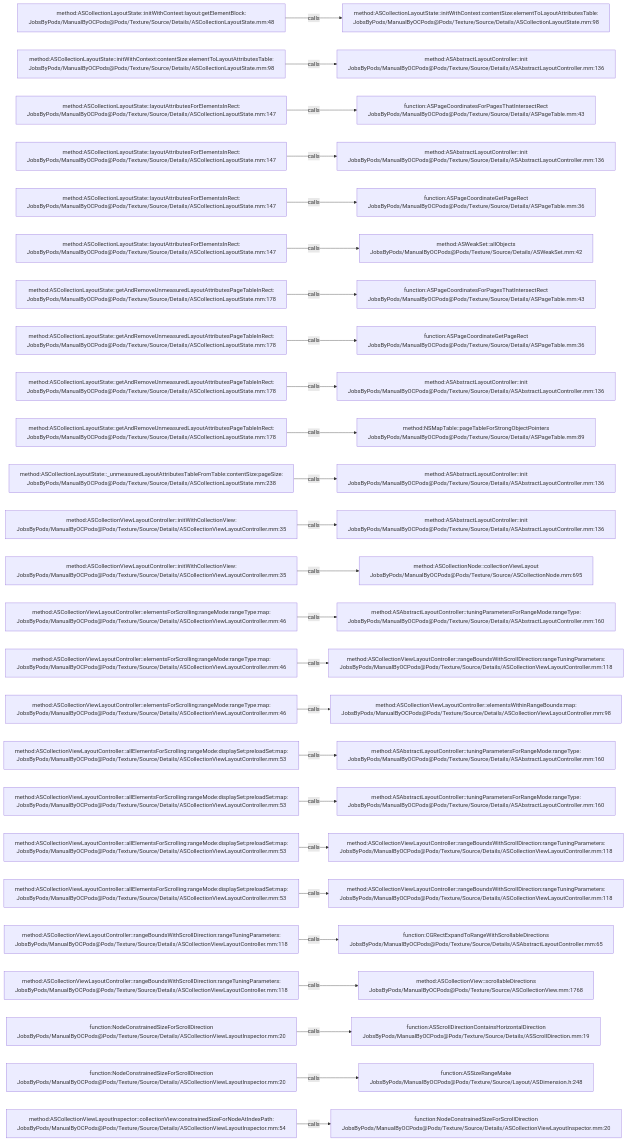
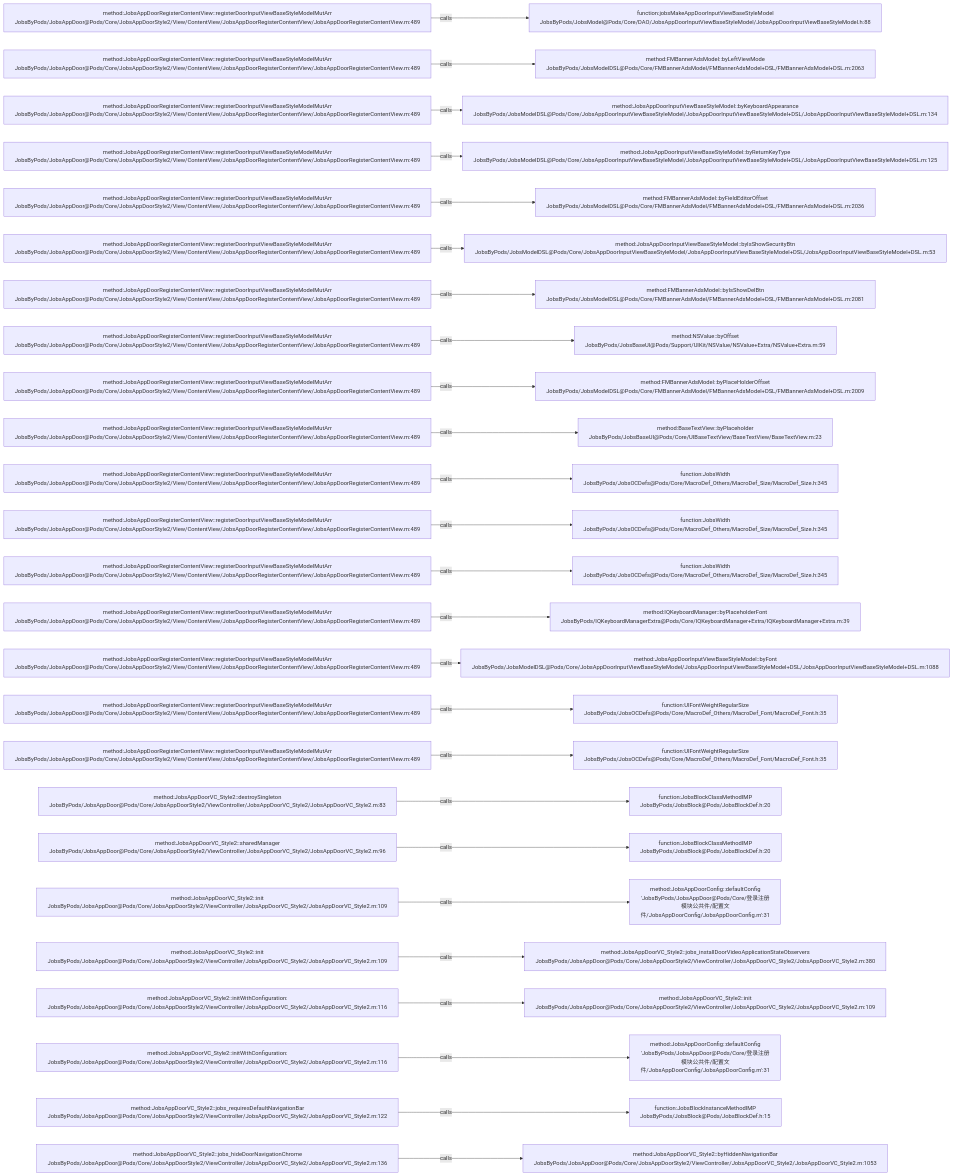
The diagram in .codegraph/codegraph.md/graphs/calls-137.md (JobsKits/JobsOCBaseConfigDemo), drawn with Mermaid before and after one commit. The commit also changed 768 other files, not shown here.

````diff
--- a/.codegraph/codegraph.md/graphs/calls-137.md
+++ b/.codegraph/codegraph.md/graphs/calls-137.md
@@ -13,78 +13,78 @@
 ```mermaid
 flowchart LR
-  S1["method:ASCollectionLayoutState::initWithContext:layout:getElementBlock:<br/>JobsByPods/ManualByOCPods@Pods/Texture/Source/Details/ASCollectionLayoutState.mm:48"]
-  T1["method:ASCollectionLayoutState::initWithContext:contentSize:elementToLayoutAttributesTable:<br/>JobsByPods/ManualByOCPods@Pods/Texture/Source/Details/ASCollectionLayoutState.mm:98"]
+  S1["method:JobsAppDoorRegisterContentView::registerDoorInputViewBaseStyleModelMutArr<br/>JobsByPods/JobsAppDoor@Pods/Core/JobsAppDoorStyle2/View/ContentView/JobsAppDoorRegisterContentView/JobsAppDoorRegisterContentView.m:489"]
+  T1["function:jobsMakeAppDoorInputViewBaseStyleModel<br/>JobsByPods/JobsModel@Pods/Core/DAO/JobsAppDoorInputViewBaseStyleModel/JobsAppDoorInputViewBaseStyleModel.h:88"]
   S1 -->|calls| T1
-  S2["method:ASCollectionLayoutState::initWithContext:contentSize:elementToLayoutAttributesTable:<br/>JobsByPods/ManualByOCPods@Pods/Texture/Source/Details/ASCollectionLayoutState.mm:98"]
-  T2["method:ASAbstractLayoutController::init<br/>JobsByPods/ManualByOCPods@Pods/Texture/Source/Details/ASAbstractLayoutController.mm:136"]
+  S2["method:JobsAppDoorRegisterContentView::registerDoorInputViewBaseStyleModelMutArr<br/>JobsByPods/JobsAppDoor@Pods/Core/JobsAppDoorStyle2/View/ContentView/JobsAppDoorRegisterContentView/JobsAppDoorRegisterContentView.m:489"]
+  T2["method:FMBannerAdsModel::byLeftViewMode<br/>JobsByPods/JobsModelDSL@Pods/Core/FMBannerAdsModel/FMBannerAdsModel+DSL/FMBannerAdsModel+DSL.m:2063"]
   S2 -->|calls| T2
-  S3["method:ASCollectionLayoutState::layoutAttributesForElementsInRect:<br/>JobsByPods/ManualByOCPods@Pods/Texture/Source/Details/ASCollectionLayoutState.mm:147"]
-  T3["function:ASPageCoordinatesForPagesThatIntersectRect<br/>JobsByPods/ManualByOCPods@Pods/Texture/Source/Details/ASPageTable.mm:43"]
+  S3["method:JobsAppDoorRegisterContentView::registerDoorInputViewBaseStyleModelMutArr<br/>JobsByPods/JobsAppDoor@Pods/Core/JobsAppDoorStyle2/View/ContentView/JobsAppDoorRegisterContentView/JobsAppDoorRegisterContentView.m:489"]
+  T3["method:JobsAppDoorInputViewBaseStyleModel::byKeyboardAppearance<br/>JobsByPods/JobsModelDSL@Pods/Core/JobsAppDoorInputViewBaseStyleModel/JobsAppDoorInputViewBaseStyleModel+DSL/JobsAppDoorInputViewBaseStyleModel+DSL.m:134"]
   S3 -->|calls| T3
-  S4["method:ASCollectionLayoutState::layoutAttributesForElementsInRect:<br/>JobsByPods/ManualByOCPods@Pods/Texture/Source/Details/ASCollectionLayoutState.mm:147"]
-  T4["method:ASAbstractLayoutController::init<br/>JobsByPods/ManualByOCPods@Pods/Texture/Source/Details/ASAbstractLayoutController.mm:136"]
+  S4["method:JobsAppDoorRegisterContentView::registerDoorInputViewBaseStyleModelMutArr<br/>JobsByPods/JobsAppDoor@Pods/Core/JobsAppDoorStyle2/View/ContentView/JobsAppDoorRegisterContentView/JobsAppDoorRegisterContentView.m:489"]
+  T4["method:JobsAppDoorInputViewBaseStyleModel::byReturnKeyType<br/>JobsByPods/JobsModelDSL@Pods/Core/JobsAppDoorInputViewBaseStyleModel/JobsAppDoorInputViewBaseStyleModel+DSL/JobsAppDoorInputViewBaseStyleModel+DSL.m:125"]
   S4 -->|calls| T4
-  S5["method:ASCollectionLayoutState::layoutAttributesForElementsInRect:<br/>JobsByPods/ManualByOCPods@Pods/Texture/Source/Details/ASCollectionLayoutState.mm:147"]
-  T5["function:ASPageCoordinateGetPageRect<br/>JobsByPods/ManualByOCPods@Pods/Texture/Source/Details/ASPageTable.mm:36"]
+  S5["method:JobsAppDoorRegisterContentView::registerDoorInputViewBaseStyleModelMutArr<br/>JobsByPods/JobsAppDoor@Pods/Core/JobsAppDoorStyle2/View/ContentView/JobsAppDoorRegisterContentView/JobsAppDoorRegisterContentView.m:489"]
+  T5["method:FMBannerAdsModel::byFieldEditorOffset<br/>JobsByPods/JobsModelDSL@Pods/Core/FMBannerAdsModel/FMBannerAdsModel+DSL/FMBannerAdsModel+DSL.m:2036"]
   S5 -->|calls| T5
-  S6["method:ASCollectionLayoutState::layoutAttributesForElementsInRect:<br/>JobsByPods/ManualByOCPods@Pods/Texture/Source/Details/ASCollectionLayoutState.mm:147"]
-  T6["method:ASWeakSet::allObjects<br/>JobsByPods/ManualByOCPods@Pods/Texture/Source/Details/ASWeakSet.mm:42"]
+  S6["method:JobsAppDoorRegisterContentView::registerDoorInputViewBaseStyleModelMutArr<br/>JobsByPods/JobsAppDoor@Pods/Core/JobsAppDoorStyle2/View/ContentView/JobsAppDoorRegisterContentView/JobsAppDoorRegisterContentView.m:489"]
+  T6["method:JobsAppDoorInputViewBaseStyleModel::byIsShowSecurityBtn<br/>JobsByPods/JobsModelDSL@Pods/Core/JobsAppDoorInputViewBaseStyleModel/JobsAppDoorInputViewBaseStyleModel+DSL/JobsAppDoorInputViewBaseStyleModel+DSL.m:53"]
   S6 -->|calls| T6
-  S7["method:ASCollectionLayoutState::getAndRemoveUnmeasuredLayoutAttributesPageTableInRect:<br/>JobsByPods/ManualByOCPods@Pods/Texture/Source/Details/ASCollectionLayoutState.mm:178"]
-  T7["function:ASPageCoordinatesForPagesThatIntersectRect<br/>JobsByPods/ManualByOCPods@Pods/Texture/Source/Details/ASPageTable.mm:43"]
+  S7["method:JobsAppDoorRegisterContentView::registerDoorInputViewBaseStyleModelMutArr<br/>JobsByPods/JobsAppDoor@Pods/Core/JobsAppDoorStyle2/View/ContentView/JobsAppDoorRegisterContentView/JobsAppDoorRegisterContentView.m:489"]
+  T7["method:FMBannerAdsModel::byIsShowDelBtn<br/>JobsByPods/JobsModelDSL@Pods/Core/FMBannerAdsModel/FMBannerAdsModel+DSL/FMBannerAdsModel+DSL.m:2081"]
   S7 -->|calls| T7
-  S8["method:ASCollectionLayoutState::getAndRemoveUnmeasuredLayoutAttributesPageTableInRect:<br/>JobsByPods/ManualByOCPods@Pods/Texture/Source/Details/ASCollectionLayoutState.mm:178"]
-  T8["function:ASPageCoordinateGetPageRect<br/>JobsByPods/ManualByOCPods@Pods/Texture/Source/Details/ASPageTable.mm:36"]
+  S8["method:JobsAppDoorRegisterContentView::registerDoorInputViewBaseStyleModelMutArr<br/>JobsByPods/JobsAppDoor@Pods/Core/JobsAppDoorStyle2/View/ContentView/JobsAppDoorRegisterContentView/JobsAppDoorRegisterContentView.m:489"]
+  T8["method:NSValue::byOffset<br/>JobsByPods/JobsBaseUI@Pods/Support/UIKit/NSValue/NSValue+Extra/NSValue+Extra.m:59"]
   S8 -->|calls| T8
-  S9["method:ASCollectionLayoutState::getAndRemoveUnmeasuredLayoutAttributesPageTableInRect:<br/>JobsByPods/ManualByOCPods@Pods/Texture/Source/Details/ASCollectionLayoutState.mm:178"]
-  T9["method:ASAbstractLayoutController::init<br/>JobsByPods/ManualByOCPods@Pods/Texture/Source/Details/ASAbstractLayoutController.mm:136"]
+  S9["method:JobsAppDoorRegisterContentView::registerDoorInputViewBaseStyleModelMutArr<br/>JobsByPods/JobsAppDoor@Pods/Core/JobsAppDoorStyle2/View/ContentView/JobsAppDoorRegisterContentView/JobsAppDoorRegisterContentView.m:489"]
+  T9["method:FMBannerAdsModel::byPlaceHolderOffset<br/>JobsByPods/JobsModelDSL@Pods/Core/FMBannerAdsModel/FMBannerAdsModel+DSL/FMBannerAdsModel+DSL.m:2009"]
   S9 -->|calls| T9
-  S10["method:ASCollectionLayoutState::getAndRemoveUnmeasuredLayoutAttributesPageTableInRect:<br/>JobsByPods/ManualByOCPods@Pods/Texture/Source/Details/ASCollectionLayoutState.mm:178"]
-  T10["method:NSMapTable::pageTableForStrongObjectPointers<br/>JobsByPods/ManualByOCPods@Pods/Texture/Source/Details/ASPageTable.mm:89"]
+  S10["method:JobsAppDoorRegisterContentView::registerDoorInputViewBaseStyleModelMutArr<br/>JobsByPods/JobsAppDoor@Pods/Core/JobsAppDoorStyle2/View/ContentView/JobsAppDoorRegisterContentView/JobsAppDoorRegisterContentView.m:489"]
+  T10["method:BaseTextView::byPlaceholder<br/>JobsByPods/JobsBaseUI@Pods/Core/UIBaseTextView/BaseTextView/BaseTextView.m:23"]
   S10 -->|calls| T10
-  S11["method:ASCollectionLayoutState::_unmeasuredLayoutAttributesTableFromTable:contentSize:pageSize:<br/>JobsByPods/ManualByOCPods@Pods/Texture/Source/Details/ASCollectionLayoutState.mm:238"]
-  T11["method:ASAbstractLayoutController::init<br/>JobsByPods/ManualByOCPods@Pods/Texture/Source/Details/ASAbstractLayoutController.mm:136"]
+  S11["method:JobsAppDoorRegisterContentView::registerDoorInputViewBaseStyleModelMutArr<br/>JobsByPods/JobsAppDoor@Pods/Core/JobsAppDoorStyle2/View/ContentView/JobsAppDoorRegisterContentView/JobsAppDoorRegisterContentView.m:489"]
+  T11["function:JobsWidth<br/>JobsByPods/JobsOCDefs@Pods/Core/MacroDef_Others/MacroDef_Size/MacroDef_Size.h:345"]
   S11 -->|calls| T11
-  S12["method:ASCollectionViewLayoutController::initWithCollectionView:<br/>JobsByPods/ManualByOCPods@Pods/Texture/Source/Details/ASCollectionViewLayoutController.mm:35"]
-  T12["method:ASAbstractLayoutController::init<br/>JobsByPods/ManualByOCPods@Pods/Texture/Source/Details/ASAbstractLayoutController.mm:136"]
+  S12["method:JobsAppDoorRegisterContentView::registerDoorInputViewBaseStyleModelMutArr<br/>JobsByPods/JobsAppDoor@Pods/Core/JobsAppDoorStyle2/View/ContentView/JobsAppDoorRegisterContentView/JobsAppDoorRegisterContentView.m:489"]
+  T12["function:JobsWidth<br/>JobsByPods/JobsOCDefs@Pods/Core/MacroDef_Others/MacroDef_Size/MacroDef_Size.h:345"]
   S12 -->|calls| T12
-  S13["method:ASCollectionViewLayoutController::initWithCollectionView:<br/>JobsByPods/ManualByOCPods@Pods/Texture/Source/Details/ASCollectionViewLayoutController.mm:35"]
-  T13["method:ASCollectionNode::collectionViewLayout<br/>JobsByPods/ManualByOCPods@Pods/Texture/Source/ASCollectionNode.mm:695"]
+  S13["method:JobsAppDoorRegisterContentView::registerDoorInputViewBaseStyleModelMutArr<br/>JobsByPods/JobsAppDoor@Pods/Core/JobsAppDoorStyle2/View/ContentView/JobsAppDoorRegisterContentView/JobsAppDoorRegisterContentView.m:489"]
+  T13["function:JobsWidth<br/>JobsByPods/JobsOCDefs@Pods/Core/MacroDef_Others/MacroDef_Size/MacroDef_Size.h:345"]
   S13 -->|calls| T13
-  S14["method:ASCollectionViewLayoutController::elementsForScrolling:rangeMode:rangeType:map:<br/>JobsByPods/ManualByOCPods@Pods/Texture/Source/Details/ASCollectionViewLayoutController.mm:46"]
-  T14["method:ASAbstractLayoutController::tuningParametersForRangeMode:rangeType:<br/>JobsByPods/ManualByOCPods@Pods/Texture/Source/Details/ASAbstractLayoutController.mm:160"]
+  S14["method:JobsAppDoorRegisterContentView::registerDoorInputViewBaseStyleModelMutArr<br/>JobsByPods/JobsAppDoor@Pods/Core/JobsAppDoorStyle2/View/ContentView/JobsAppDoorRegisterContentView/JobsAppDoorRegisterContentView.m:489"]
+  T14["method:IQKeyboardManager::byPlaceholderFont<br/>JobsByPods/IQKeyboardManagerExtra@Pods/Core/IQKeyboardManager+Extra/IQKeyboardManager+Extra.m:39"]
   S14 -->|calls| T14
-  S15["method:ASCollectionViewLayoutController::elementsForScrolling:rangeMode:rangeType:map:<br/>JobsByPods/ManualByOCPods@Pods/Texture/Source/Details/ASCollectionViewLayoutController.mm:46"]
-  T15["method:ASCollectionViewLayoutController::rangeBoundsWithScrollDirection:rangeTuningParameters:<br/>JobsByPods/ManualByOCPods@Pods/Texture/Source/Details/ASCollectionViewLayoutController.mm:118"]
+  S15["method:JobsAppDoorRegisterContentView::registerDoorInputViewBaseStyleModelMutArr<br/>JobsByPods/JobsAppDoor@Pods/Core/JobsAppDoorStyle2/View/ContentView/JobsAppDoorRegisterContentView/JobsAppDoorRegisterContentView.m:489"]
+  T15["method:JobsAppDoorInputViewBaseStyleModel::byFont<br/>JobsByPods/JobsModelDSL@Pods/Core/JobsAppDoorInputViewBaseStyleModel/JobsAppDoorInputViewBaseStyleModel+DSL/JobsAppDoorInputViewBaseStyleModel+DSL.m:1088"]
   S15 -->|calls| T15
-  S16["method:ASCollectionViewLayoutController::elementsForScrolling:rangeMode:rangeType:map:<br/>JobsByPods/ManualByOCPods@Pods/Texture/Source/Details/ASCollectionViewLayoutController.mm:46"]
-  T16["method:ASCollectionViewLayoutController::elementsWithinRangeBounds:map:<br/>JobsByPods/ManualByOCPods@Pods/Texture/Source/Details/ASCollectionViewLayoutController.mm:98"]
+  S16["method:JobsAppDoorRegisterContentView::registerDoorInputViewBaseStyleModelMutArr<br/>JobsByPods/JobsAppDoor@Pods/Core/JobsAppDoorStyle2/View/ContentView/JobsAppDoorRegisterContentView/JobsAppDoorRegisterContentView.m:489"]
+  T16["function:UIFontWeightRegularSize<br/>JobsByPods/JobsOCDefs@Pods/Core/MacroDef_Others/MacroDef_Font/MacroDef_Font.h:35"]
   S16 -->|calls| T16
-  S17["method:ASCollectionViewLayoutController::allElementsForScrolling:rangeMode:displaySet:preloadSet:map:<br/>JobsByPods/ManualByOCPods@Pods/Texture/Source/Details/ASCollectionViewLayoutController.mm:53"]
-  T17["method:ASAbstractLayoutController::tuningParametersForRangeMode:rangeType:<br/>JobsByPods/ManualByOCPods@Pods/Texture/Source/Details/ASAbstractLayoutController.mm:160"]
+  S17["method:JobsAppDoorRegisterContentView::registerDoorInputViewBaseStyleModelMutArr<br/>JobsByPods/JobsAppDoor@Pods/Core/JobsAppDoorStyle2/View/ContentView/JobsAppDoorRegisterContentView/JobsAppDoorRegisterContentView.m:489"]
+  T17["function:UIFontWeightRegularSize<br/>JobsByPods/JobsOCDefs@Pods/Core/MacroDef_Others/MacroDef_Font/MacroDef_Font.h:35"]
   S17 -->|calls| T17
-  S18["method:ASCollectionViewLayoutController::allElementsForScrolling:rangeMode:displaySet:preloadSet:map:<br/>JobsByPods/ManualByOCPods@Pods/Texture/Source/Details/ASCollectionViewLayoutController.mm:53"]
-  T18["method:ASAbstractLayoutController::tuningParametersForRangeMode:rangeType:<br/>JobsByPods/ManualByOCPods@Pods/Texture/Source/Details/ASAbstractLayoutController.mm:160"]
+  S18["method:JobsAppDoorVC_Style2::destroySingleton<br/>JobsByPods/JobsAppDoor@Pods/Core/JobsAppDoorStyle2/ViewController/JobsAppDoorVC_Style2/JobsAppDoorVC_Style2.m:83"]
+  T18["function:JobsBlockClassMethodIMP<br/>JobsByPods/JobsBlock@Pods/JobsBlockDef.h:20"]
   S18 -->|calls| T18
-  S19["method:ASCollectionViewLayoutController::allElementsForScrolling:rangeMode:displaySet:preloadSet:map:<br/>JobsByPods/ManualByOCPods@Pods/Texture/Source/Details/ASCollectionViewLayoutController.mm:53"]
-  T19["method:ASCollectionViewLayoutController::rangeBoundsWithScrollDirection:rangeTuningParameters:<br/>JobsByPods/ManualByOCPods@Pods/Texture/Source/Details/ASCollectionViewLayoutController.mm:118"]
+  S19["method:JobsAppDoorVC_Style2::sharedManager<br/>JobsByPods/JobsAppDoor@Pods/Core/JobsAppDoorStyle2/ViewController/JobsAppDoorVC_Style2/JobsAppDoorVC_Style2.m:96"]
+  T19["function:JobsBlockClassMethodIMP<br/>JobsByPods/JobsBlock@Pods/JobsBlockDef.h:20"]
   S19 -->|calls| T19
-  S20["method:ASCollectionViewLayoutController::allElementsForScrolling:rangeMode:displaySet:preloadSet:map:<br/>JobsByPods/ManualByOCPods@Pods/Texture/Source/Details/ASCollectionViewLayoutController.mm:53"]
-  T20["method:ASCollectionViewLayoutController::rangeBoundsWithScrollDirection:rangeTuningParameters:<br/>JobsByPods/ManualByOCPods@Pods/Texture/Source/Details/ASCollectionViewLayoutController.mm:118"]
+  S20["method:JobsAppDoorVC_Style2::init<br/>JobsByPods/JobsAppDoor@Pods/Core/JobsAppDoorStyle2/ViewController/JobsAppDoorVC_Style2/JobsAppDoorVC_Style2.m:109"]
+  T20["method:JobsAppDoorConfig::defaultConfig<br/>'JobsByPods/JobsAppDoor@Pods/Core/登录注册模块公共件/配置文件/JobsAppDoorConfig/JobsAppDoorConfig.m':31"]
   S20 -->|calls| T20
-  S21["method:ASCollectionViewLayoutController::rangeBoundsWithScrollDirection:rangeTuningParameters:<br/>JobsByPods/ManualByOCPods@Pods/Texture/Source/Details/ASCollectionViewLayoutController.mm:118"]
-  T21["function:CGRectExpandToRangeWithScrollableDirections<br/>JobsByPods/ManualByOCPods@Pods/Texture/Source/Details/ASAbstractLayoutController.mm:65"]
+  S21["method:JobsAppDoorVC_Style2::init<br/>JobsByPods/JobsAppDoor@Pods/Core/JobsAppDoorStyle2/ViewController/JobsAppDoorVC_Style2/JobsAppDoorVC_Style2.m:109"]
+  T21["method:JobsAppDoorVC_Style2::jobs_installDoorVideoApplicationStateObservers<br/>JobsByPods/JobsAppDoor@Pods/Core/JobsAppDoorStyle2/ViewController/JobsAppDoorVC_Style2/JobsAppDoorVC_Style2.m:380"]
   S21 -->|calls| T21
-  S22["method:ASCollectionViewLayoutController::rangeBoundsWithScrollDirection:rangeTuningParameters:<br/>JobsByPods/ManualByOCPods@Pods/Texture/Source/Details/ASCollectionViewLayoutController.mm:118"]
-  T22["method:ASCollectionView::scrollableDirections<br/>JobsByPods/ManualByOCPods@Pods/Texture/Source/ASCollectionView.mm:1768"]
+  S22["method:JobsAppDoorVC_Style2::initWithConfiguration:<br/>JobsByPods/JobsAppDoor@Pods/Core/JobsAppDoorStyle2/ViewController/JobsAppDoorVC_Style2/JobsAppDoorVC_Style2.m:116"]
+  T22["method:JobsAppDoorVC_Style2::init<br/>JobsByPods/JobsAppDoor@Pods/Core/JobsAppDoorStyle2/ViewController/JobsAppDoorVC_Style2/JobsAppDoorVC_Style2.m:109"]
   S22 -->|calls| T22
-  S23["function:NodeConstrainedSizeForScrollDirection<br/>JobsByPods/ManualByOCPods@Pods/Texture/Source/Details/ASCollectionViewLayoutInspector.mm:20"]
-  T23["function:ASScrollDirectionContainsHorizontalDirection<br/>JobsByPods/ManualByOCPods@Pods/Texture/Source/Details/ASScrollDirection.mm:19"]
+  S23["method:JobsAppDoorVC_Style2::initWithConfiguration:<br/>JobsByPods/JobsAppDoor@Pods/Core/JobsAppDoorStyle2/ViewController/JobsAppDoorVC_Style2/JobsAppDoorVC_Style2.m:116"]
+  T23["method:JobsAppDoorConfig::defaultConfig<br/>'JobsByPods/JobsAppDoor@Pods/Core/登录注册模块公共件/配置文件/JobsAppDoorConfig/JobsAppDoorConfig.m':31"]
   S23 -->|calls| T23
-  S24["function:NodeConstrainedSizeForScrollDirection<br/>JobsByPods/ManualByOCPods@Pods/Texture/Source/Details/ASCollectionViewLayoutInspector.mm:20"]
-  T24["function:ASSizeRangeMake<br/>JobsByPods/ManualByOCPods@Pods/Texture/Source/Layout/ASDimension.h:248"]
+  S24["method:JobsAppDoorVC_Style2::jobs_requiresDefaultNavigationBar<br/>JobsByPods/JobsAppDoor@Pods/Core/JobsAppDoorStyle2/ViewController/JobsAppDoorVC_Style2/JobsAppDoorVC_Style2.m:122"]
+  T24["function:JobsBlockInstanceMethodIMP<br/>JobsByPods/JobsBlock@Pods/JobsBlockDef.h:15"]
   S24 -->|calls| T24
-  S25["method:ASCollectionViewLayoutInspector::collectionView:constrainedSizeForNodeAtIndexPath:<br/>JobsByPods/ManualByOCPods@Pods/Texture/Source/Details/ASCollectionViewLayoutInspector.mm:54"]
-  T25["function:NodeConstrainedSizeForScrollDirection<br/>JobsByPods/ManualByOCPods@Pods/Texture/Source/Details/ASCollectionViewLayoutInspector.mm:20"]
+  S25["method:JobsAppDoorVC_Style2::jobs_hideDoorNavigationChrome<br/>JobsByPods/JobsAppDoor@Pods/Core/JobsAppDoorStyle2/ViewController/JobsAppDoorVC_Style2/JobsAppDoorVC_Style2.m:136"]
+  T25["method:JobsAppDoorVC_Style2::byHiddenNavigationBar<br/>JobsByPods/JobsAppDoor@Pods/Core/JobsAppDoorStyle2/ViewController/JobsAppDoorVC_Style2/JobsAppDoorVC_Style2.m:1053"]
   S25 -->|calls| T25
 ```
````
